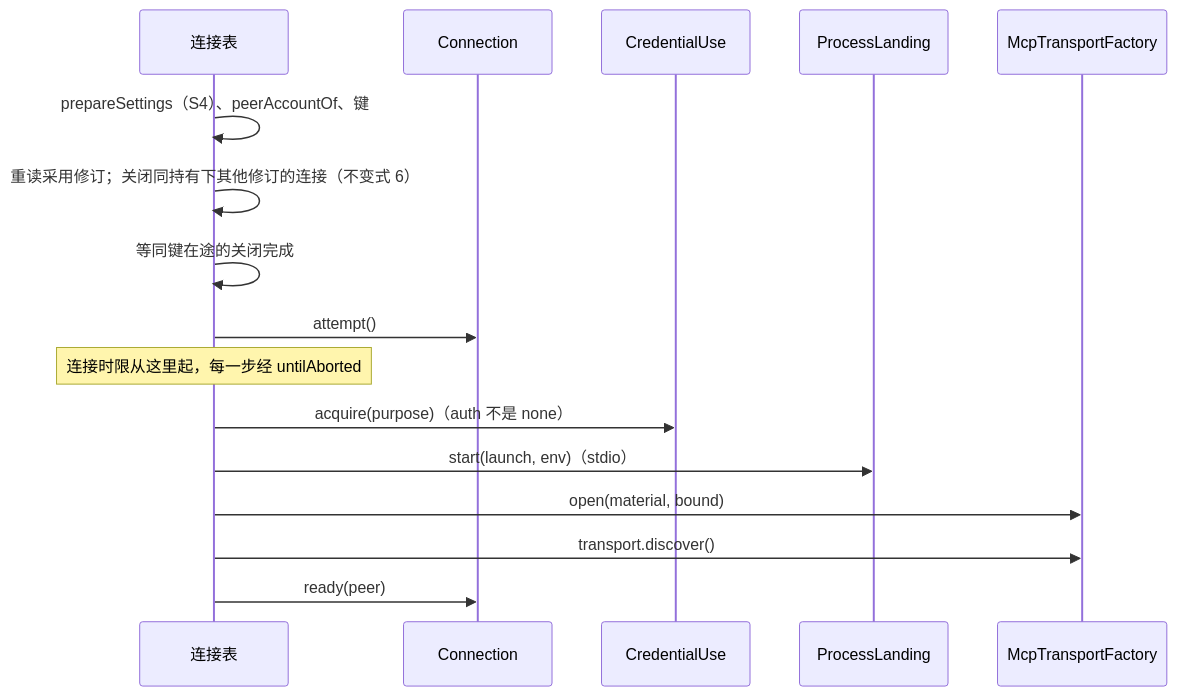
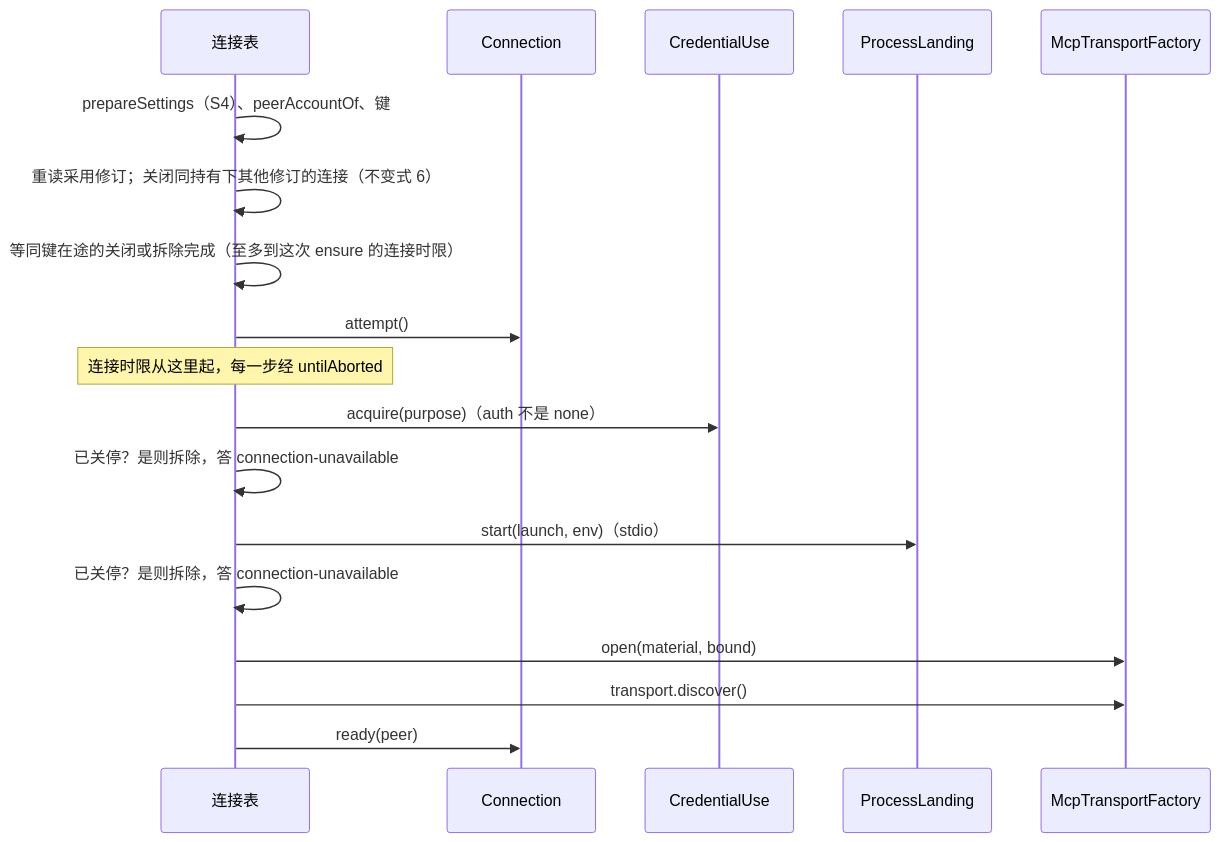
The second of 2 diagrams in packages/mcp/mcp/docs/flows.md (nemori-ai/omne-harness-lite), drawn with Mermaid before and after one commit. The commit also changed other lines of this file and 6 other files, not shown here.

First line of the commit message:
docs(mcp): SPEC 的 MC-14 只写承诺、已知限制补拆除挂起与视图不一致；README 与成员 docs 同步第 2 轮（#1119）

````diff
--- a/packages/mcp/mcp/docs/flows.md
+++ b/packages/mcp/mcp/docs/flows.md
@@ -37,18 +37,20 @@
 ```mermaid
 sequenceDiagram
     participant T as 连接表
     participant A as Connection
     participant U as CredentialUse
     participant L as ProcessLanding
     participant F as McpTransportFactory
     T->>T: prepareSettings（S4）、peerAccountOf、键
     T->>T: 重读采用修订；关闭同持有下其他修订的连接（不变式 6）
-    T->>T: 等同键在途的关闭完成
+    T->>T: 等同键在途的关闭或拆除完成（至多到这次 ensure 的连接时限）
     T->>A: attempt()
     note over T: 连接时限从这里起，每一步经 untilAborted
     T->>U: acquire(purpose)（auth 不是 none）
+    T->>T: 已关停？是则拆除，答 connection-unavailable
     T->>L: start(launch, env)（stdio）
+    T->>T: 已关停？是则拆除，答 connection-unavailable
     T->>F: open(material, bound)
     T->>F: transport.discover()
     T->>A: ready(peer)
 ```
````
